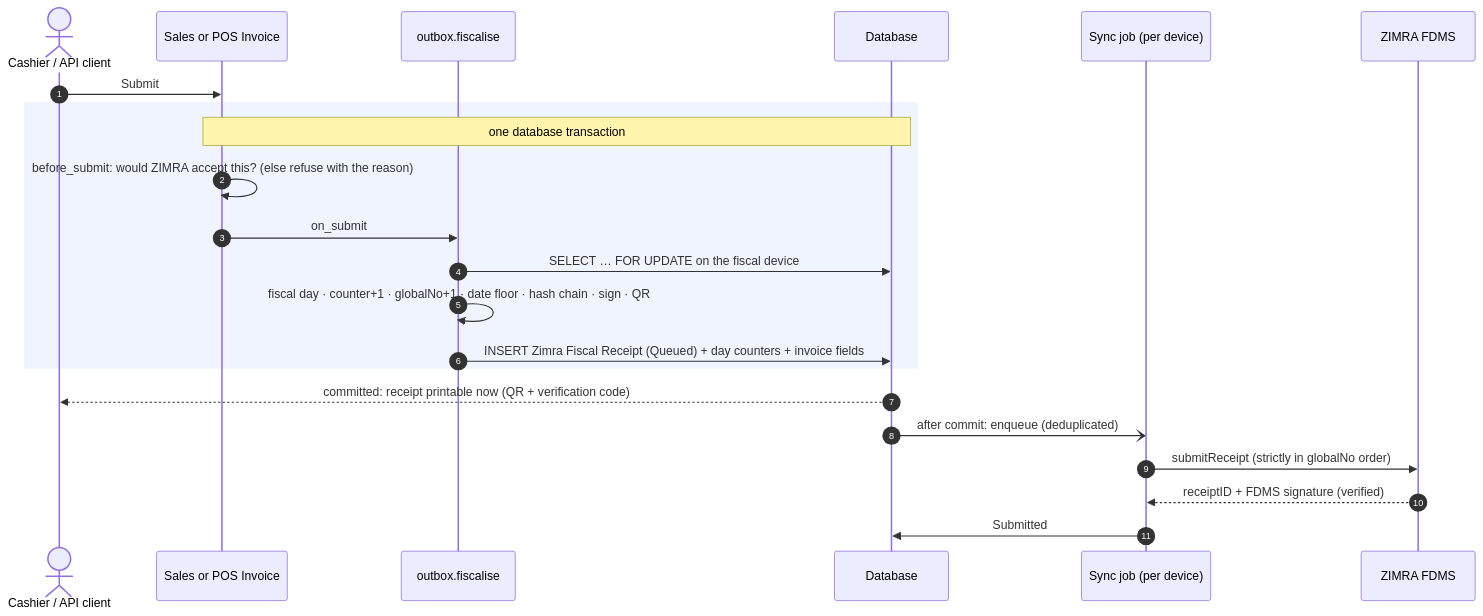
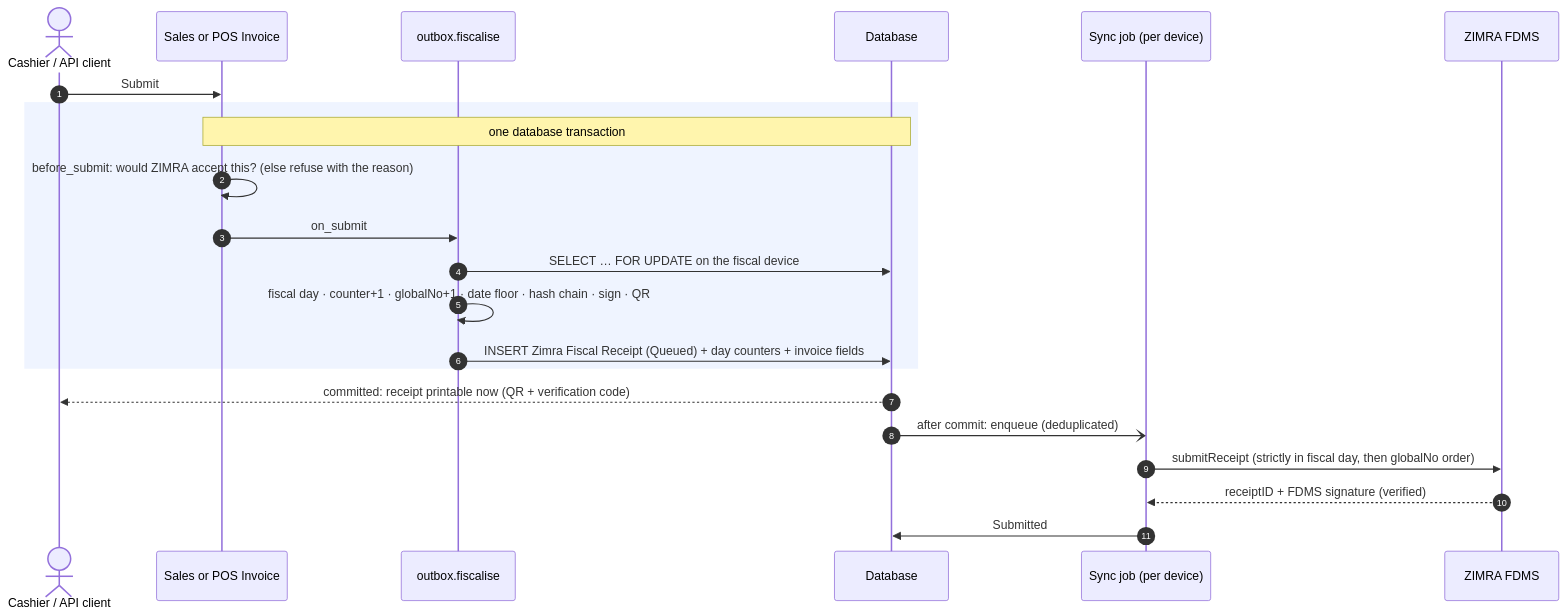
One commit to DonnC/zw_compliance changed the first of 4 diagrams in docs/ARCHITECTURE.md. Above: the diagram before and after it, drawn with Mermaid. The commit also changed other lines of this file and 17 other files, not shown here.

First line of the commit message:
feat(fiscalisation): global receipt number reset policy per device

````diff
--- a/docs/ARCHITECTURE.md
+++ b/docs/ARCHITECTURE.md
@@ -70,25 +70,25 @@
 ```mermaid
 sequenceDiagram
     autonumber
     actor U as Cashier / API client
     participant SI as Sales or POS Invoice
     participant OB as outbox.fiscalise
     participant DB as Database
     participant Q as Sync job (per device)
     participant Z as ZIMRA FDMS
 
     U->>SI: Submit
     rect rgba(120,160,255,0.12)
     note over SI,DB: one database transaction
     SI->>SI: before_submit: would ZIMRA accept this? (else refuse with the reason)
     SI->>OB: on_submit
     OB->>DB: SELECT … FOR UPDATE on the fiscal device
     OB->>OB: fiscal day · counter+1 · globalNo+1 · date floor · hash chain · sign · QR
     OB->>DB: INSERT Zimra Fiscal Receipt (Queued) + day counters + invoice fields
     end
     DB-->>U: committed: receipt printable now (QR + verification code)
     DB-)Q: after commit: enqueue (deduplicated)
-    Q->>Z: submitReceipt (strictly in globalNo order)
+    Q->>Z: submitReceipt (strictly in fiscal day, then globalNo order)
     Z-->>Q: receiptID + FDMS signature (verified)
     Q->>DB: Submitted
 ```
````
